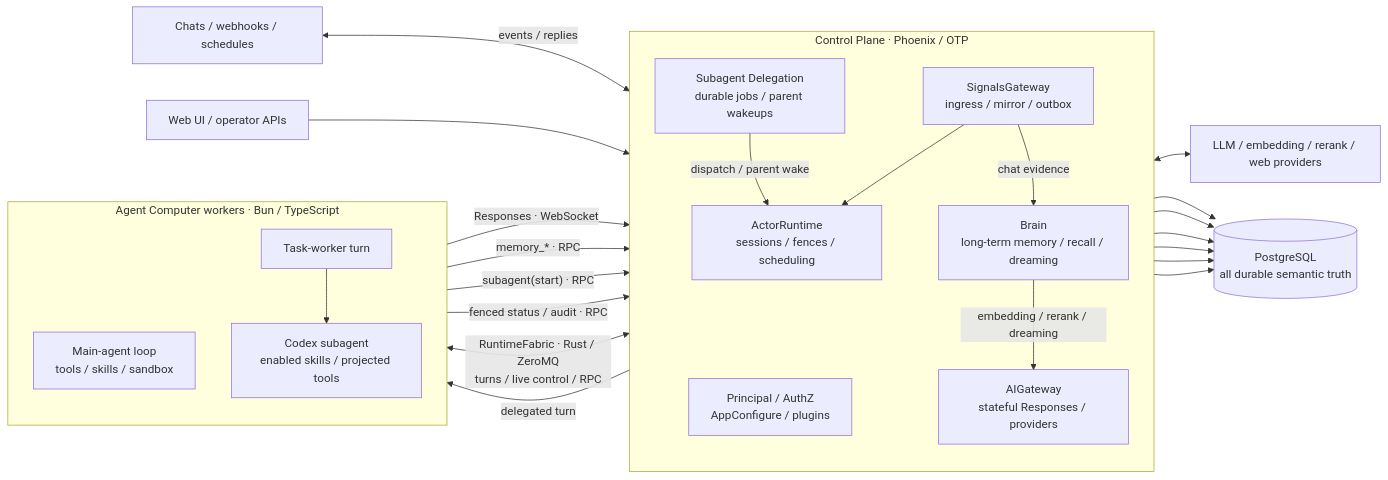
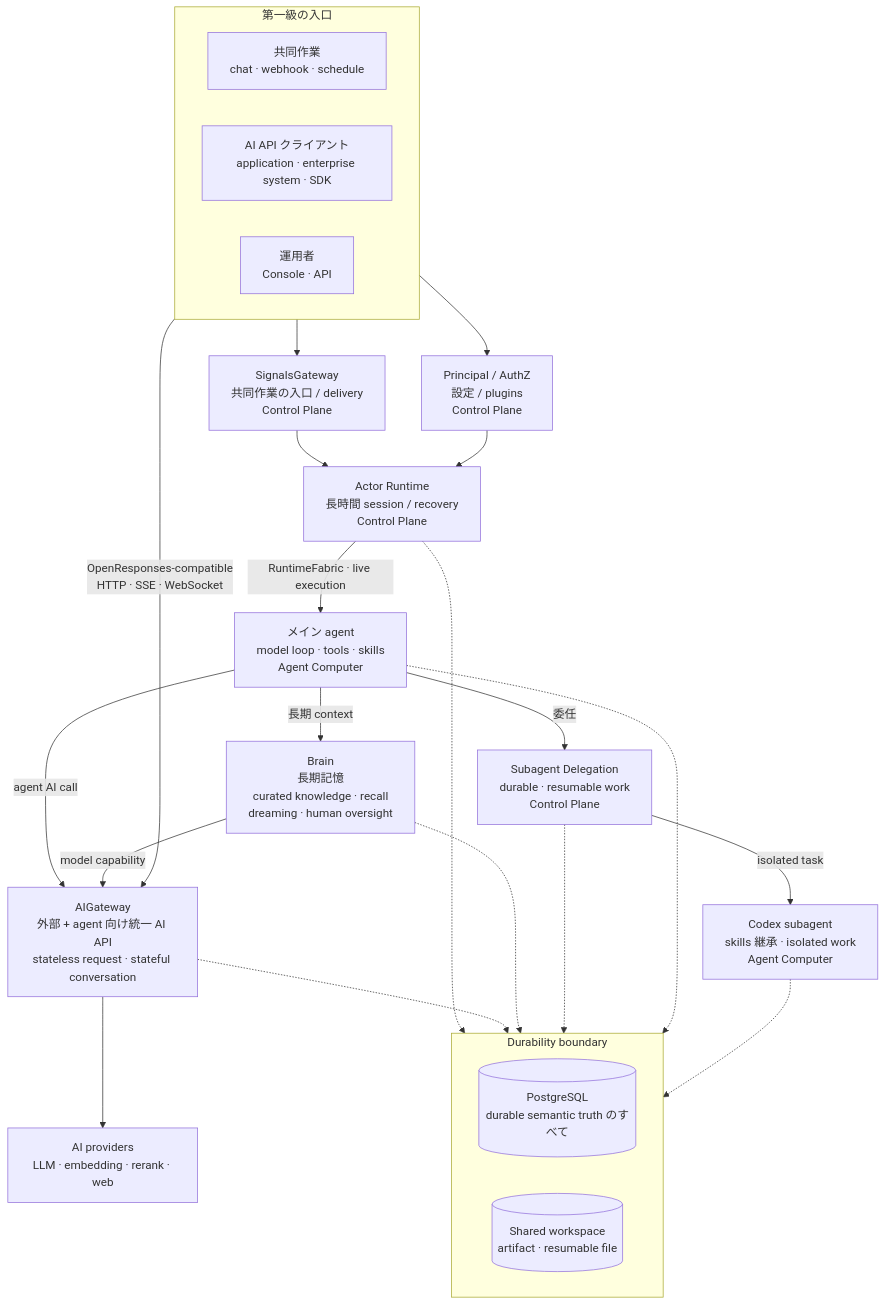
One commit to AgentBull/ankole changed the diagram in README.ja.md. Above: the diagram before and after it, drawn with Mermaid. The commit also changed other lines of this file and 22 other files, not shown here.

````diff
--- a/README.ja.md
+++ b/README.ja.md
@@ -66,42 +66,43 @@
 ```mermaid
-flowchart LR
-  subgraph CP["Control Plane · Phoenix / OTP"]
-    direction TB
-    Platform["Principal / AuthZ<br/>AppConfigure / plugins"]
-    SG["SignalsGateway<br/>ingress / mirror / outbox"]
-    AR["ActorRuntime<br/>sessions / fences / scheduling"]
-    AI["AIGateway<br/>stateful Responses / providers"]
-    Brain["Brain<br/>long-term memory / recall / dreaming"]
-    Delegation["Subagent Delegation<br/>durable jobs / parent wakeups"]
-
-    SG --> AR
-    SG -->|"chat evidence"| Brain
-    Brain -->|"embedding / rerank / dreaming"| AI
-    Delegation -->|"dispatch / parent wake"| AR
+flowchart TB
+  subgraph Entry["第一級の入口"]
+    direction LR
+    Work["共同作業<br/>chat · webhook · schedule"]
+    Clients["AI API クライアント<br/>application · enterprise system · SDK"]
+    Ops["運用者<br/>Console · API"]
   end
 
-  subgraph AC["Agent Computer workers · Bun / TypeScript"]
-    direction TB
-    Main["Main-agent loop<br/>tools / skills / sandbox"]
-    Task["Task-worker turn"]
-    Codex["Codex subagent<br/>enabled skills / projected tools"]
-    Task --> Codex
+  SG["SignalsGateway<br/>共同作業の入口 / delivery<br/>Control Plane"]
+  Platform["Principal / AuthZ<br/>設定 / plugins<br/>Control Plane"]
+  Runtime["Actor Runtime<br/>長時間 session / recovery<br/>Control Plane"]
+  Main["メイン agent<br/>model loop · tools · skills<br/>Agent Computer"]
+  Brain["Brain<br/>長期記憶<br/>curated knowledge · recall<br/>dreaming · human oversight"]
+  Delegate["Subagent Delegation<br/>durable · resumable work<br/>Control Plane"]
+  AI["AIGateway<br/>外部 + agent 向け統一 AI API<br/>stateless request · stateful conversation"]
+  Task["Codex subagent<br/>skills 継承 · isolated work<br/>Agent Computer"]
+  Providers["AI providers<br/>LLM · embedding · rerank · web"]
+
+  subgraph Storage["Durability boundary"]
+    direction LR
+    PG[("PostgreSQL<br/>durable semantic truth のすべて")]
+    Workspace[("Shared workspace<br/>artifact · resumable file")]
   end
 
-  Channels["Chats / webhooks / schedules"] <-->|"events / replies"| SG
-  Console["Web UI / operator APIs"] --> Platform
-  AR <-->|"RuntimeFabric · Rust / ZeroMQ<br/>turns / live control / RPC"| Main
-  Main -->|"Responses · WebSocket"| AI
-  Main -->|"memory_* · RPC"| Brain
-  Main -->|"subagent(start) · RPC"| Delegation
-  AR -->|"delegated turn"| Task
-  Task -->|"fenced status / audit · RPC"| Delegation
-  AI <--> Models["LLM / embedding / rerank / web providers"]
+  Work --> SG --> Runtime
+  Ops --> Platform --> Runtime
+  Runtime -->|"RuntimeFabric · live execution"| Main
+  Clients -->|"OpenResponses-compatible<br/>HTTP · SSE · WebSocket"| AI
+  Main -->|"agent AI call"| AI
+  Main -->|"長期 context"| Brain
+  Brain -->|"model capability"| AI
+  Main -->|"委任"| Delegate
+  Delegate -->|"isolated task"| Task
+  AI --> Providers
 
-  Platform --> PG[("PostgreSQL<br/>all durable semantic truth")]
-  SG --> PG
-  AR --> PG
-  AI --> PG
-  Brain --> PG
-  Delegation --> PG
+  Runtime -.-> PG
+  AI -.-> PG
+  Brain -.-> PG
+  Delegate -.-> PG
+  Main -.-> Workspace
+  Task -.-> Workspace
 ```
````
